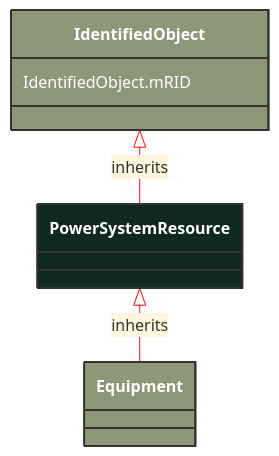
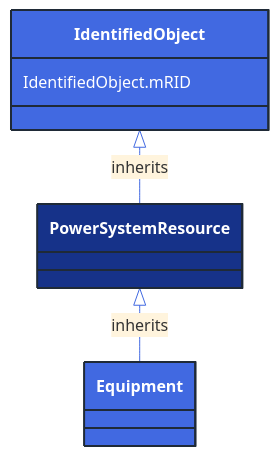
The diagram in docs/Models/Profiles/ShortCircuit/AbstractClasses/PowerSystemResource.md (3lbits/NoCIMExtensions), drawn with Mermaid before and after one commit. The commit also changed 362 other files, not shown here.

First line of the commit message:
Update diagrams and styles for improved visual consistency

````diff
--- a/docs/Models/Profiles/ShortCircuit/AbstractClasses/PowerSystemResource.md
+++ b/docs/Models/Profiles/ShortCircuit/AbstractClasses/PowerSystemResource.md
@@ -10,21 +10,21 @@
 ```mermaid
-%%{init: {'theme':'base','themeVariables': {'lineColor': '#FF0000'}}}%%
+%%{init: {'theme':'base','themeVariables': {'lineColor': '#4169E1'}}}%%
 classDiagram
     class PowerSystemResource
     click PowerSystemResource href "/Models/Profiles/ShortCircuit/AbstractClasses/PowerSystemResource/"
-    style PowerSystemResource fill:#102820,stroke:#333,stroke-width:2px,rx:10,ry:10,color:white
+    style PowerSystemResource fill:#163289,stroke:#1F2A37,stroke-width:2px,rx:10,ry:10,color:white
 
         PowerSystemResource <|-- Equipment : inherits
 
         Equipment
             click Equipment href "/Models/Profiles/ShortCircuit/AbstractClasses/Equipment/"
-            style Equipment fill:#8F9779,stroke:#333,stroke-width:2px,rx:10,ry:10,color:white
+            style Equipment fill:#4169E1,stroke:#1F2A37,stroke-width:2px,rx:10,ry:10,color:white
      
         IdentifiedObject <|-- PowerSystemResource : inherits
             click IdentifiedObject href "/Models/Profiles/ShortCircuit/AbstractClasses/IdentifiedObject/"
-            style IdentifiedObject fill:#8F9779,stroke:#333,stroke-width:2px,rx:10,ry:10,color:white
+            style IdentifiedObject fill:#4169E1,stroke:#1F2A37,stroke-width:2px,rx:10,ry:10,color:white
 
 
 
         IdentifiedObject : IdentifiedObject.mRID
 ```
````
